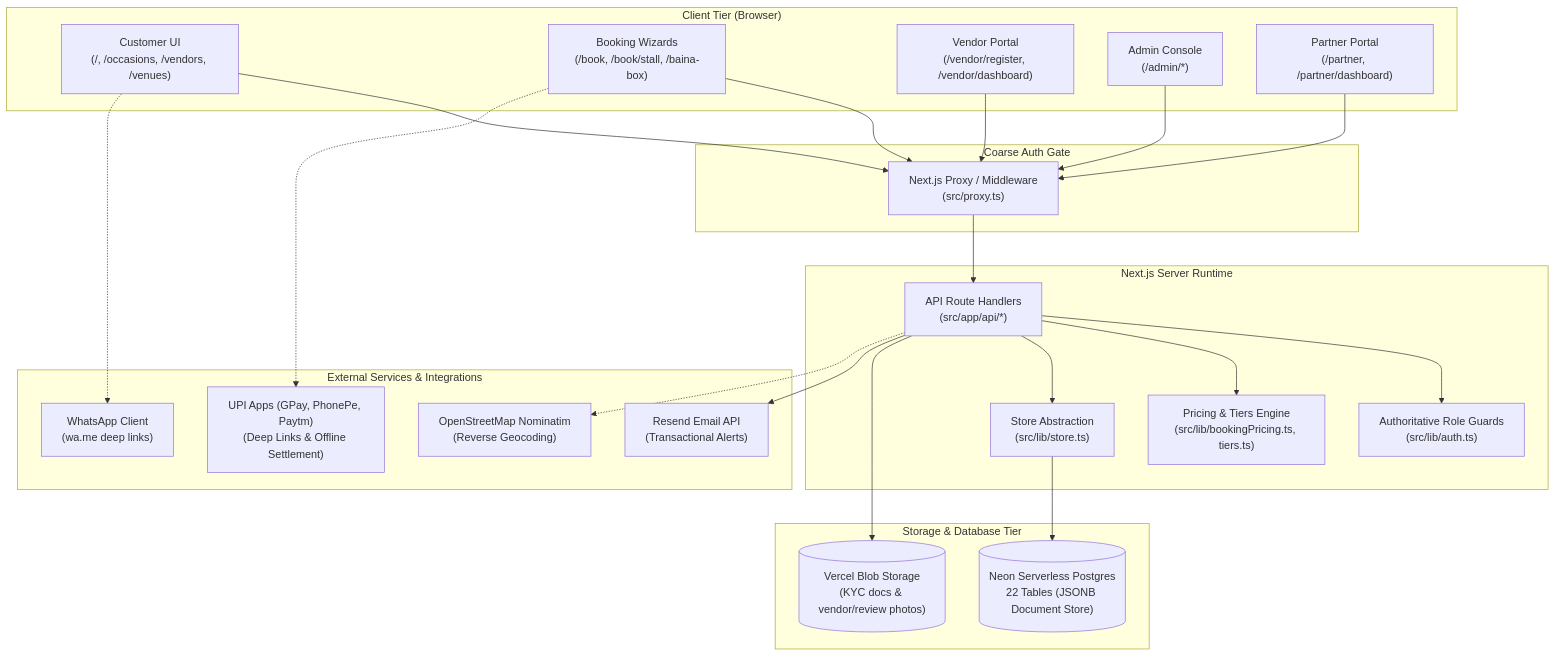
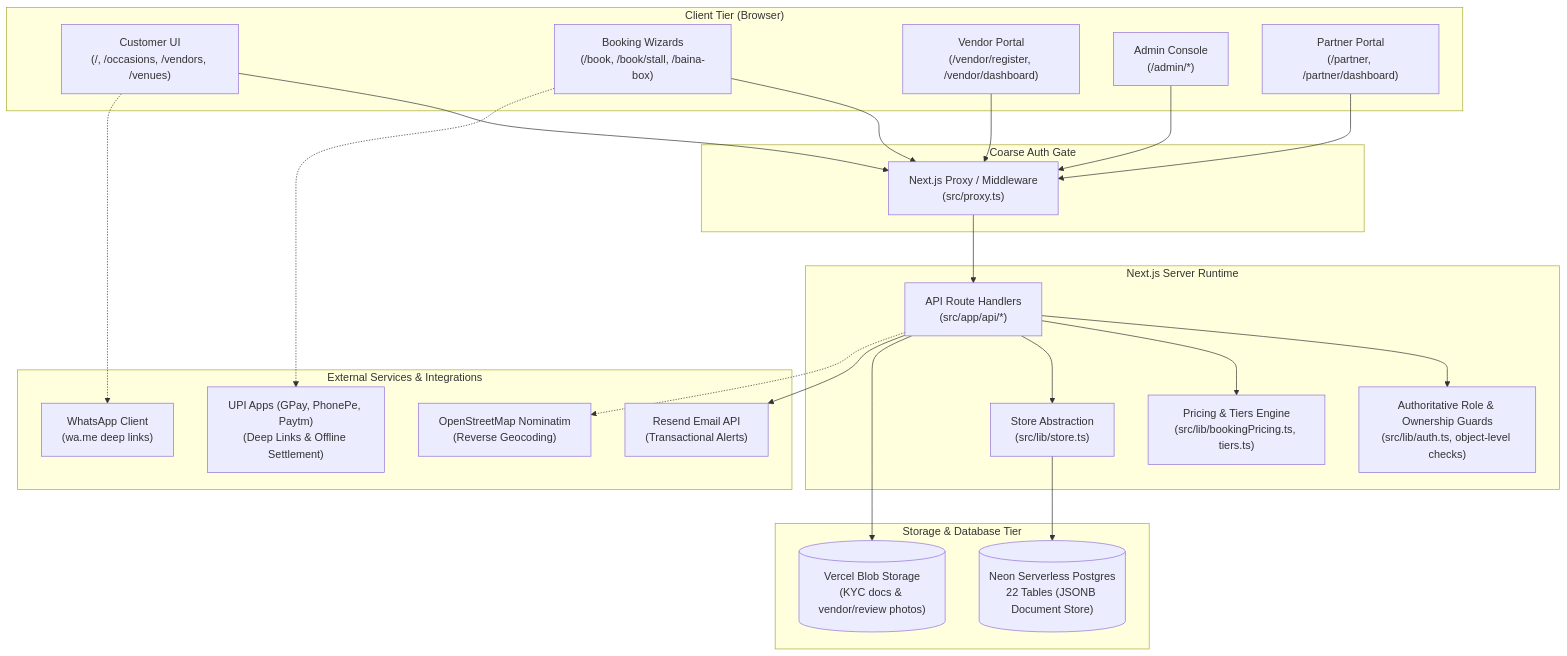
One commit to Sony17/Bhojpatra changed the diagram in ARCHITECTURE.md. Above: the diagram before and after it, drawn with Mermaid. The commit also changed other lines of this file and 4 other files, not shown here.

First line of the commit message:
docs: synchronize architecture after security batches 1 and 2

````diff
--- a/ARCHITECTURE.md
+++ b/ARCHITECTURE.md
@@ -41,51 +41,51 @@
 ```mermaid
 flowchart TD
     subgraph Client["Client Tier (Browser)"]
         CustomerUI["Customer UI\n(/, /occasions, /vendors, /venues)"]
         BookingUI["Booking Wizards\n(/book, /book/stall, /baina-box)"]
         VendorUI["Vendor Portal\n(/vendor/register, /vendor/dashboard)"]
         AdminUI["Admin Console\n(/admin/*)"]
         PartnerUI["Partner Portal\n(/partner, /partner/dashboard)"]
     end
 
     subgraph EdgeGate["Coarse Auth Gate"]
         Proxy["Next.js Proxy / Middleware\n(src/proxy.ts)"]
     end
 
     subgraph Server["Next.js Server Runtime"]
         RouteHandlers["API Route Handlers\n(src/app/api/*)"]
-        AuthGuards["Authoritative Role Guards\n(src/lib/auth.ts)"]
+        AuthGuards["Authoritative Role & Ownership Guards\n(src/lib/auth.ts, object-level checks)"]
         StoreLayer["Store Abstraction\n(src/lib/store.ts)"]
         PricingEngine["Pricing & Tiers Engine\n(src/lib/bookingPricing.ts, tiers.ts)"]
     end
 
     subgraph Persistence["Storage & Database Tier"]
         NeonDB[("Neon Serverless Postgres\n22 Tables (JSONB Document Store)")]
         VercelBlob[("Vercel Blob Storage\n(KYC docs & vendor/review photos)")]
     end
 
     subgraph External["External Services & Integrations"]
         ResendAPI["Resend Email API\n(Transactional Alerts)"]
         UpiApps["UPI Apps (GPay, PhonePe, Paytm)\n(Deep Links & Offline Settlement)"]
         WhatsAppDeepLink["WhatsApp Client\n(wa.me deep links)"]
         Nominatim["OpenStreetMap Nominatim\n(Reverse Geocoding)"]
     end
 
     CustomerUI --> Proxy
     BookingUI --> Proxy
     VendorUI --> Proxy
     AdminUI --> Proxy
     PartnerUI --> Proxy
 
     Proxy --> RouteHandlers
     RouteHandlers --> AuthGuards
     RouteHandlers --> PricingEngine
     RouteHandlers --> StoreLayer
 
     StoreLayer --> NeonDB
     RouteHandlers --> VercelBlob
     RouteHandlers --> ResendAPI
     BookingUI -.-> UpiApps
     CustomerUI -.-> WhatsAppDeepLink
     RouteHandlers -.-> Nominatim
 ```
````
